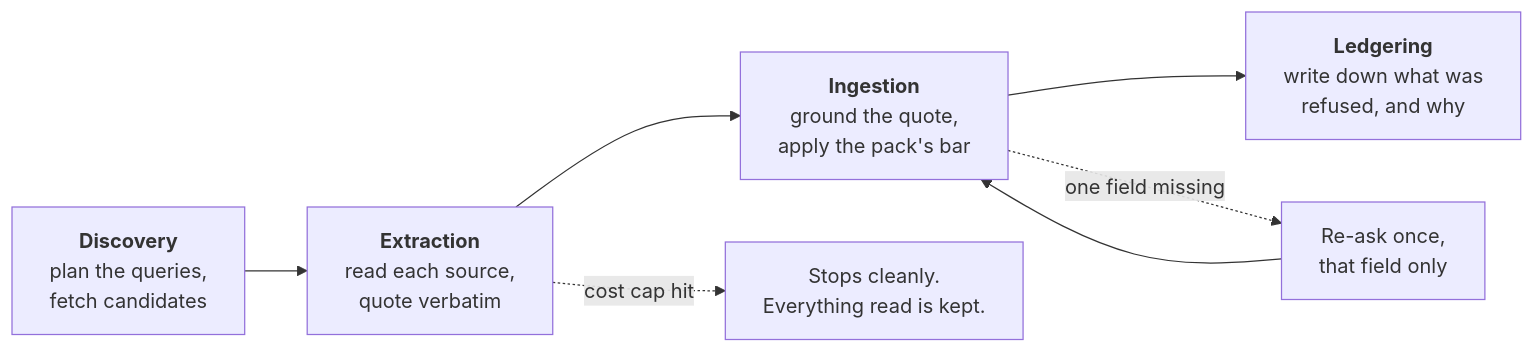
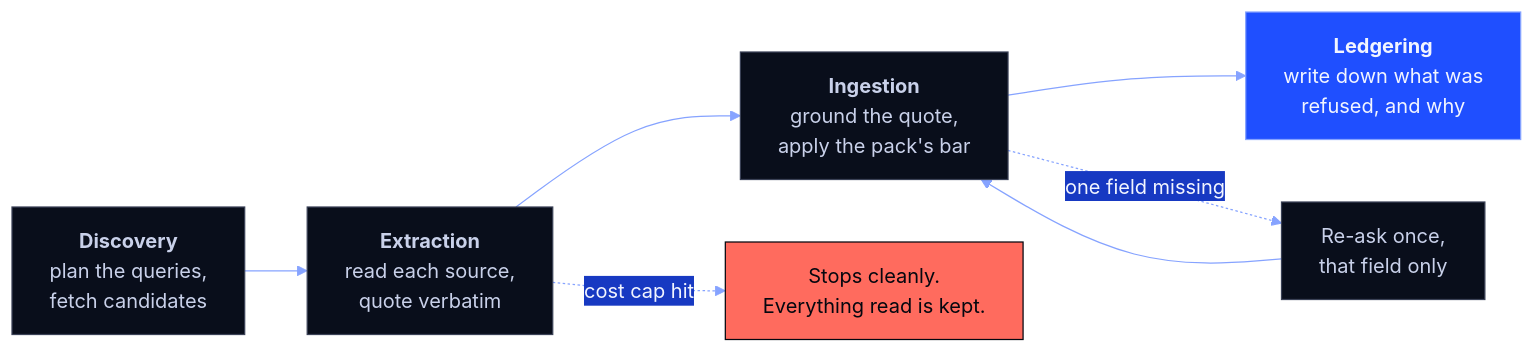
Before and after one commit to Berbadov/kriko: the third of 4 diagrams in docs/HOW_IT_WORKS.md, drawn with Mermaid. The commit also changed other lines of this file and 21 other files, not shown here.

````diff
--- a/docs/HOW_IT_WORKS.md
+++ b/docs/HOW_IT_WORKS.md
@@ -47,9 +77,17 @@
 ```mermaid
+%%{init: {"theme":"base","themeVariables":{"fontFamily":"ui-monospace, SFMono-Regular, Consolas, monospace","primaryColor":"#090E1B","primaryTextColor":"#F2F5FF","primaryBorderColor":"#1F4FFF","lineColor":"#86A3FF","secondaryColor":"#1739C2","tertiaryColor":"#080B16","noteBkgColor":"#BFE4FF","noteTextColor":"#05070F","actorBkg":"#090E1B","actorTextColor":"#F2F5FF","actorBorder":"#1F4FFF","signalColor":"#86A3FF","signalTextColor":"#86A3FF"}}}%%
 flowchart LR
     D["<b>Discovery</b><br/>plan the queries,<br/>fetch candidates"] --> E["<b>Extraction</b><br/>read each source,<br/>quote verbatim"]
     E --> I["<b>Ingestion</b><br/>ground the quote,<br/>apply the pack's bar"]
     I --> L["<b>Ledgering</b><br/>write down what was<br/>refused, and why"]
     E -. "cost cap hit" .-> STOP["Stops cleanly.<br/>Everything read is kept."]
     I -. "one field missing" .-> R["Re-ask once,<br/>that field only"]
     R --> I
+
+    classDef brand  fill:#1F4FFF,stroke:#86A3FF,color:#F2F5FF
+    classDef plain  fill:#090E1B,stroke:#3A4156,color:#C9D1EA
+    classDef danger fill:#FF6B5E,stroke:#05070F,color:#05070F
+    class D,E,I,R plain
+    class L brand
+    class STOP danger
 ```
````
